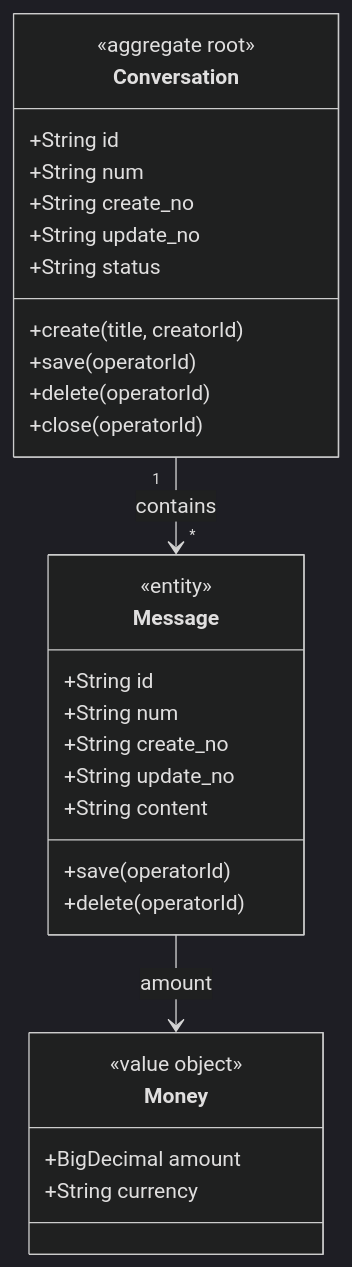
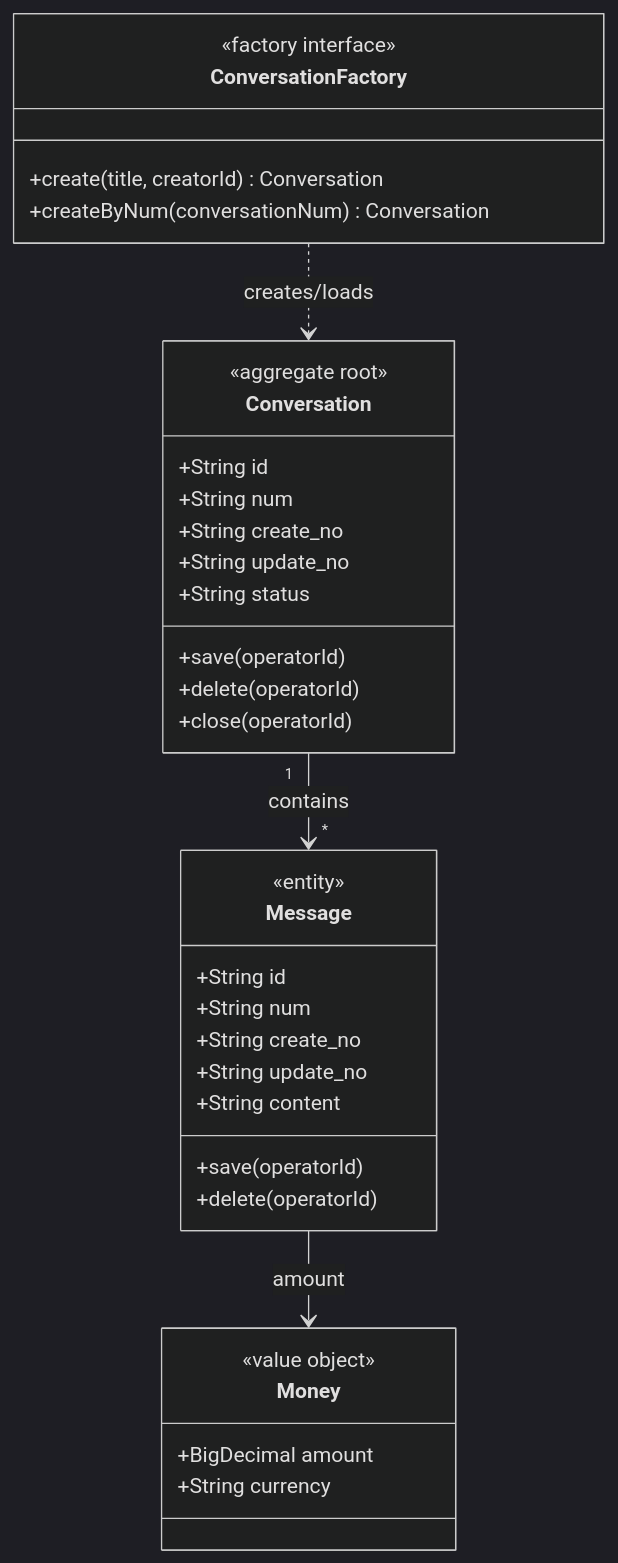
The diagram in skills/design-technical-solution/references/domain-model-design.md (garry-wjl/garry-skills), drawn with Mermaid (dark theme) before and after one commit. The commit also changed other lines of this file and 10 other files, not shown here.

````diff
--- a/skills/design-technical-solution/references/domain-model-design.md
+++ b/skills/design-technical-solution/references/domain-model-design.md
@@ -25,32 +27,37 @@
 ```mermaid
 classDiagram
+    class ConversationFactory {
+        <<factory interface>>
+        +create(title, creatorId) Conversation
+        +createByNum(conversationNum) Conversation
+    }
     class Conversation {
         <<aggregate root>>
         +String id
         +String num
         +String create_no
         +String update_no
         +String status
-        +create(title, creatorId)
         +save(operatorId)
         +delete(operatorId)
         +close(operatorId)
     }
     class Message {
         <<entity>>
         +String id
         +String num
         +String create_no
         +String update_no
         +String content
         +save(operatorId)
         +delete(operatorId)
     }
     class Money {
         <<value object>>
         +BigDecimal amount
         +String currency
     }
+    ConversationFactory ..> Conversation : creates/loads
     Conversation "1" --> "*" Message : contains
     Message --> Money : amount
 ```
````
